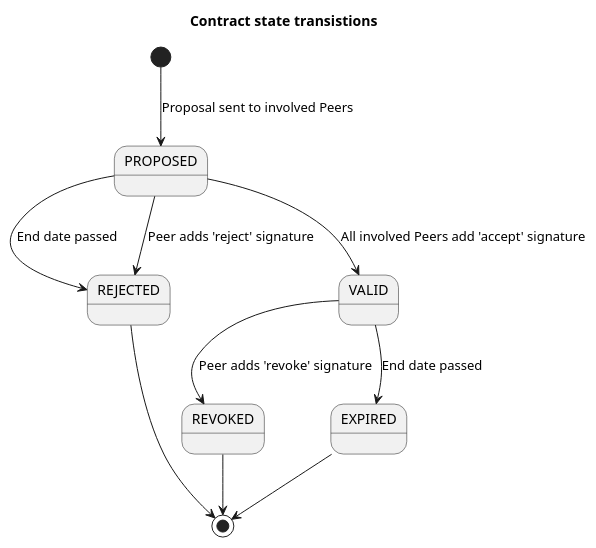
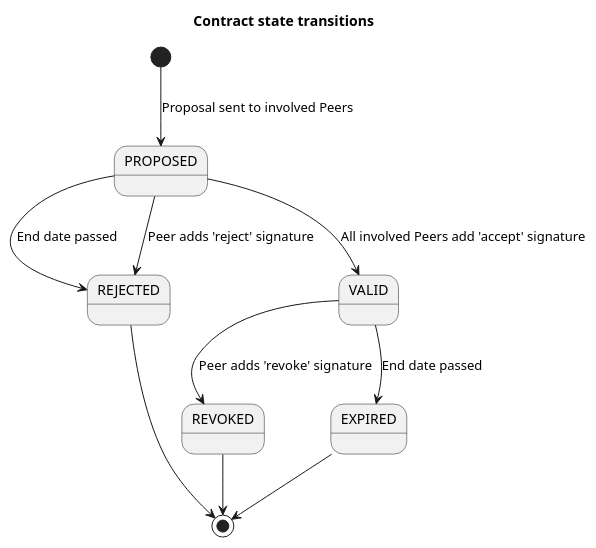
Before and after one commit to Logius-standaarden/fsc-core: the diagram in media/state-contract.puml, drawn with PlantUML. The commit also changed 8 other files, not shown here.

```diff
--- a/media/state-contract.puml
+++ b/media/state-contract.puml
@@ -1,14 +1,14 @@
 @startuml
-Title Contract state transistions
+Title Contract state transitions
 
 [*]      --> PROPOSED : Proposal sent to involved Peers
 PROPOSED --> REJECTED : End date passed
 PROPOSED --> REJECTED : Peer adds 'reject' signature
 PROPOSED --> VALID : All involved Peers add 'accept' signature
 VALID --> REVOKED  : Peer adds 'revoke' signature
 VALID --> EXPIRED  : End date passed
 REVOKED  --> [*]
 REJECTED --> [*]
 EXPIRED  --> [*]
 
 @enduml
```
